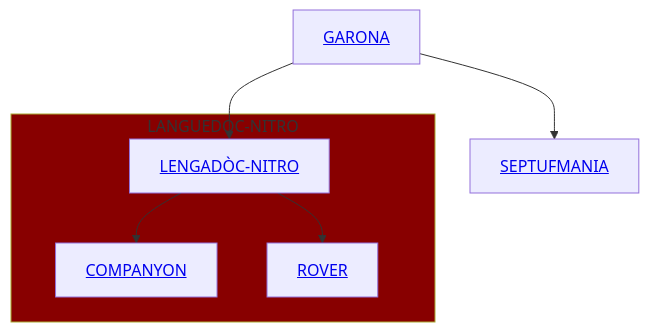
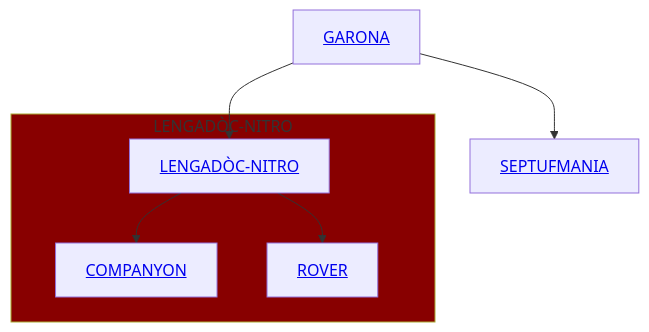
The diagram in README_OC.md (Septimania/septimania), drawn with Mermaid before and after one commit.

````diff
--- a/README_OC.md
+++ b/README_OC.md
@@ -121,11 +121,11 @@
 ```mermaid
   graph TD
       A["<a href="https://synologygaronne.wixsite.com/synologygaronne">GARONA</a>"] --> B["<a href="https://languedocnitro.wixsite.com/languedoc-nitro">LENGADÒC-NITRO</a>"]
-      subgraph NITRO [LANGUEDOC-NITRO]
+      subgraph NITRO [LENGADÒC-NITRO]
       B --> C["<a href="https://languedocnitro.wixsite.com/compagnon">COMPANYON</a>"]
       B --> D["<a href="https://languedocnitro.wixsite.com/rover">ROVER</a>"]
       end
       A --> E["<a href="https://septufmanie.wixsite.com/septufmanie">SEPTUFMANIA</a>"]
 
       style NITRO fill:#800
 ```
````
